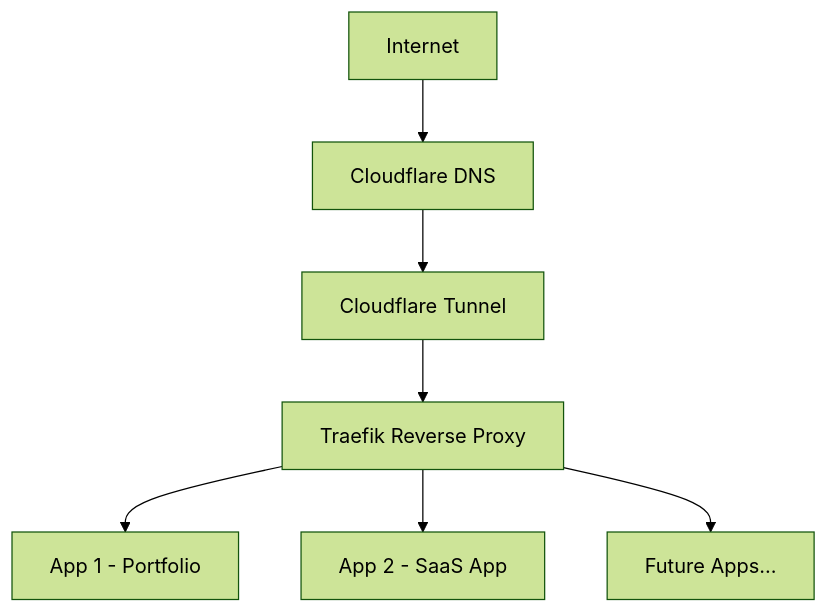
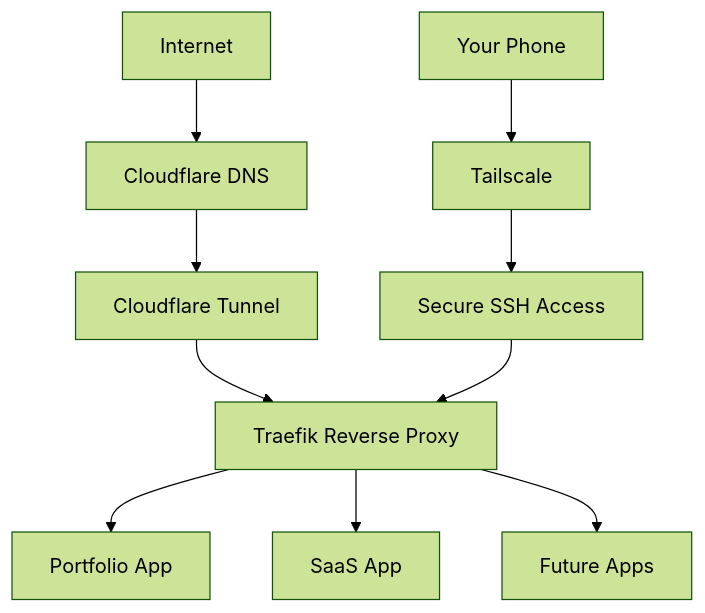
Before and after one commit to Raunit2025/self-hosted-server: the first of 3 diagrams in README.md, drawn with Mermaid (forest theme). The commit also changed other lines of this file, not shown here.

````diff
--- a/README.md
+++ b/README.md
@@ -31,9 +40,13 @@
 ```mermaid
 flowchart TD
     A[Internet] --> B[Cloudflare DNS]
     B --> C[Cloudflare Tunnel]
     C --> D[Traefik Reverse Proxy]
-    D --> E1[App 1 - Portfolio]
-    D --> E2[App 2 - SaaS App]
-    D --> E3[Future Apps...]
+    D --> E1[Portfolio App]
+    D --> E2[SaaS App]
+    D --> E3[Future Apps]
+
+    F[Your Phone] --> G[Tailscale]
+    G --> H[Secure SSH Access]
+    H --> D
 ```
````
